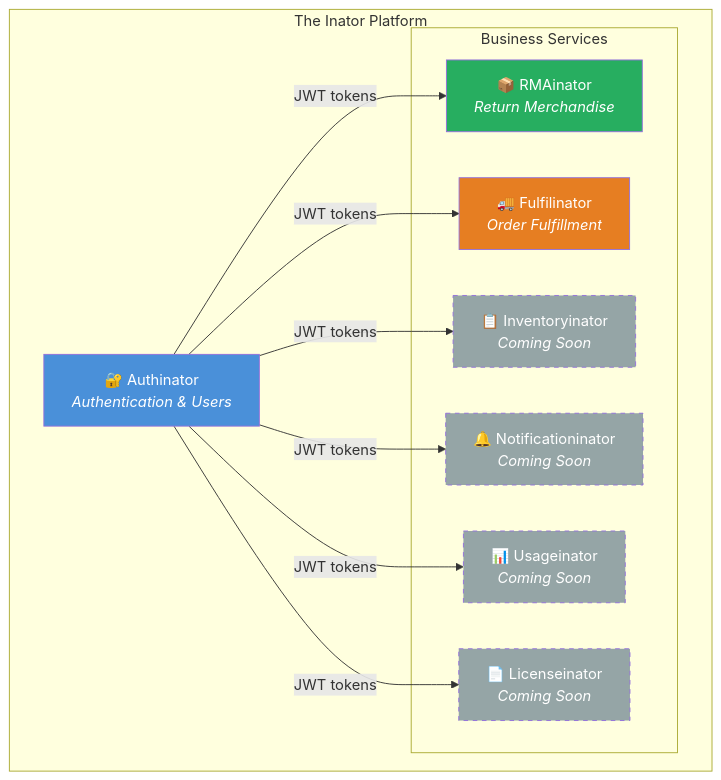
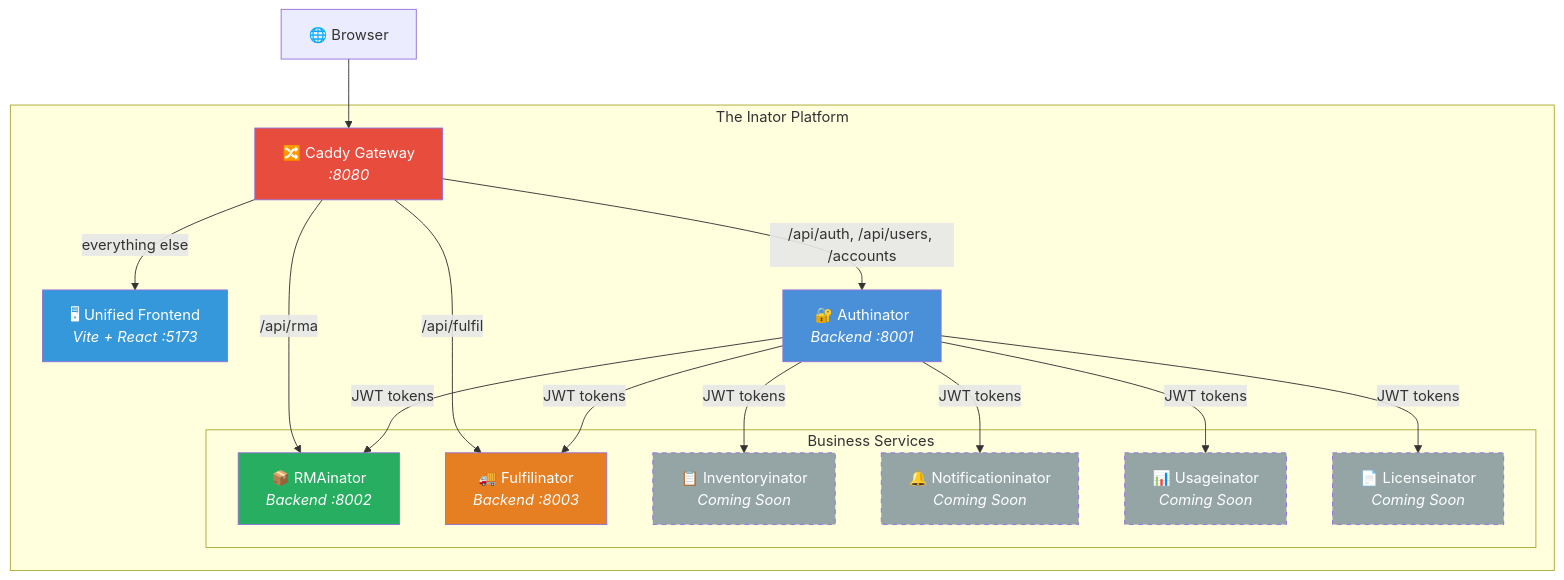
The diagram in README.md (losomode/inator), drawn with Mermaid before and after one commit. The commit also changed other lines of this file and 78 other files, not shown here.

First line of the commit message:
feat(gateway): add Caddy reverse proxy and unified frontend

````diff
--- a/README.md
+++ b/README.md
@@ -11,30 +11,41 @@
 ```mermaid
 graph TB
+    CLIENT[🌐 Browser] --> CADDY
+
     subgraph "The Inator Platform"
-        AUTH[🔐 Authinator<br/><i>Authentication & Users</i>]
+        CADDY[🔀 Caddy Gateway<br/><i>:8080</i>]
+        FE[🖥 Unified Frontend<br/><i>Vite + React :5173</i>]
+        AUTH[🔐 Authinator<br/><i>Backend :8001</i>]
 
         subgraph "Business Services"
-            RMA[📦 RMAinator<br/><i>Return Merchandise</i>]
-            FULFIL[🚚 Fulfilinator<br/><i>Order Fulfillment</i>]
+            RMA[📦 RMAinator<br/><i>Backend :8002</i>]
+            FULFIL[🚚 Fulfilinator<br/><i>Backend :8003</i>]
             INV[📋 Inventoryinator<br/><i>Coming Soon</i>]
             NOTIF[🔔 Notificationinator<br/><i>Coming Soon</i>]
             USAGE[📊 Usageinator<br/><i>Coming Soon</i>]
             LIC[📄 Licenseinator<br/><i>Coming Soon</i>]
         end
     end
+
+    CADDY -->|/api/auth, /api/users, /accounts| AUTH
+    CADDY -->|/api/rma| RMA
+    CADDY -->|/api/fulfil| FULFIL
+    CADDY -->|everything else| FE
 
     AUTH -- JWT tokens --> RMA
     AUTH -- JWT tokens --> FULFIL
     AUTH -- JWT tokens --> INV
     AUTH -- JWT tokens --> NOTIF
     AUTH -- JWT tokens --> USAGE
     AUTH -- JWT tokens --> LIC
 
+    style CADDY fill:#e74c3c,color:#fff
+    style FE fill:#3498db,color:#fff
     style AUTH fill:#4a90d9,color:#fff
     style RMA fill:#27ae60,color:#fff
     style FULFIL fill:#e67e22,color:#fff
     style INV fill:#95a5a6,color:#fff,stroke-dasharray: 5 5
     style NOTIF fill:#95a5a6,color:#fff,stroke-dasharray: 5 5
     style USAGE fill:#95a5a6,color:#fff,stroke-dasharray: 5 5
     style LIC fill:#95a5a6,color:#fff,stroke-dasharray: 5 5
 ```
````
